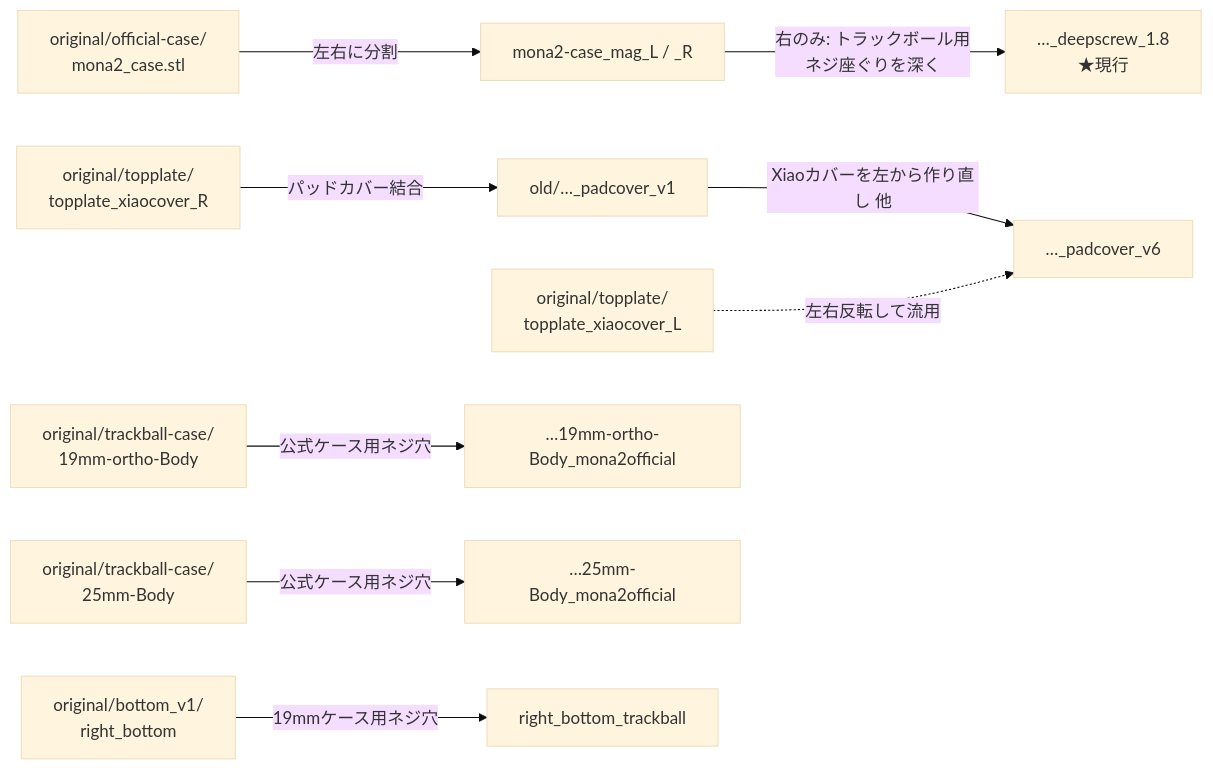
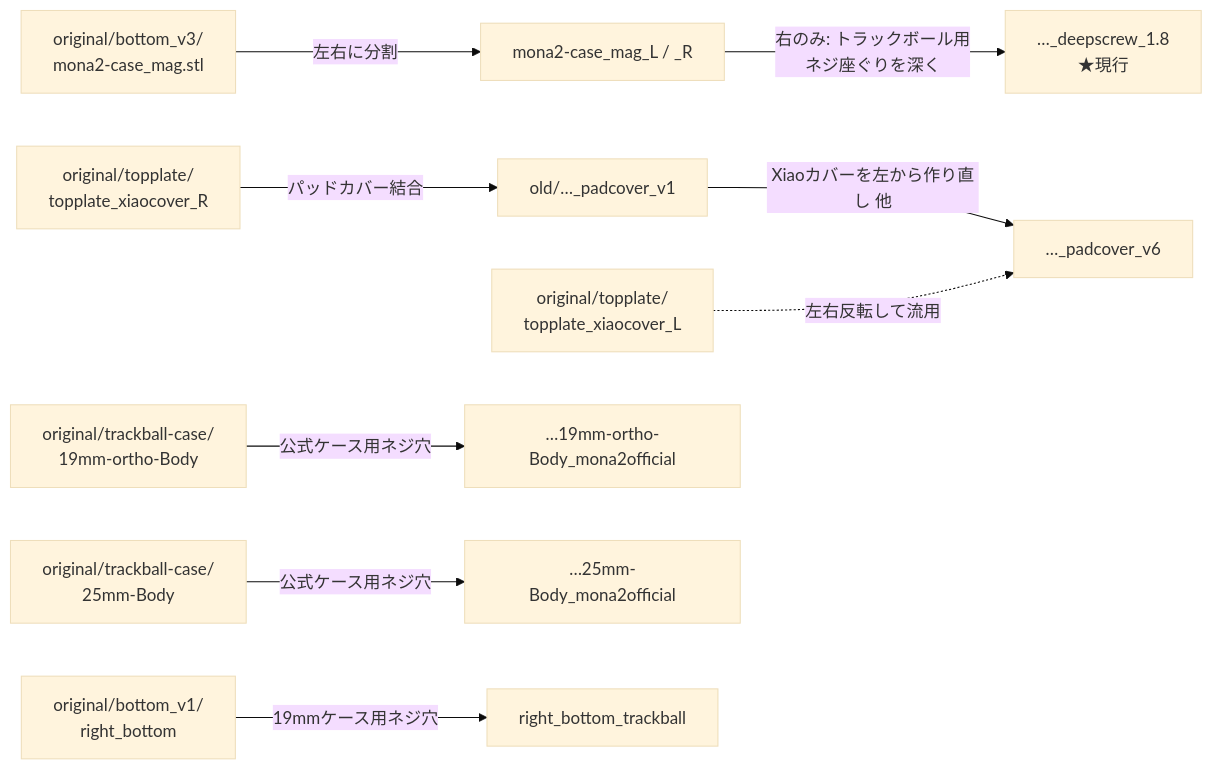
One commit to dgarai/zmk-config-moNa2-paw3222 changed the diagram in model/README.md. Above: the diagram before and after it, drawn with Mermaid (base theme). The commit also changed other lines of this file and 3 other files, not shown here.

First line of the commit message:
original/bottom_v3 にマグネットケースと左右分割版を追加

````diff
--- a/model/README.md
+++ b/model/README.md
@@ -39,14 +40,14 @@
 ```mermaid
 flowchart LR
-  OC[original/official-case/<br>mona2_case.stl] -->|左右に分割| MAG[mona2-case_mag_L / _R]
+  V3[original/bottom_v3/<br>mona2-case_mag.stl] -->|左右に分割| MAG[mona2-case_mag_L / _R]
   MAG -->|右のみ: トラックボール用<br>ネジ座ぐりを深く| DS[…_deepscrew_1.8<br>★現行]
 
   TPR[original/topplate/<br>topplate_xiaocover_R] -->|パッドカバー結合| P1[old/…_padcover_v1]
   P1 -->|Xiaoカバーを左から作り直し 他| P6[…_padcover_v6]
   TPL[original/topplate/<br>topplate_xiaocover_L] -.->|左右反転して流用| P6
 
   T19[original/trackball-case/<br>19mm-ortho-Body] -->|公式ケース用ネジ穴| T19O[…19mm-ortho-Body_mona2official]
   T25[original/trackball-case/<br>25mm-Body] -->|公式ケース用ネジ穴| T25O[…25mm-Body_mona2official]
 
   B1[original/bottom_v1/<br>right_bottom] -->|19mmケース用ネジ穴| RBT[right_bottom_trackball]
 ```
````
